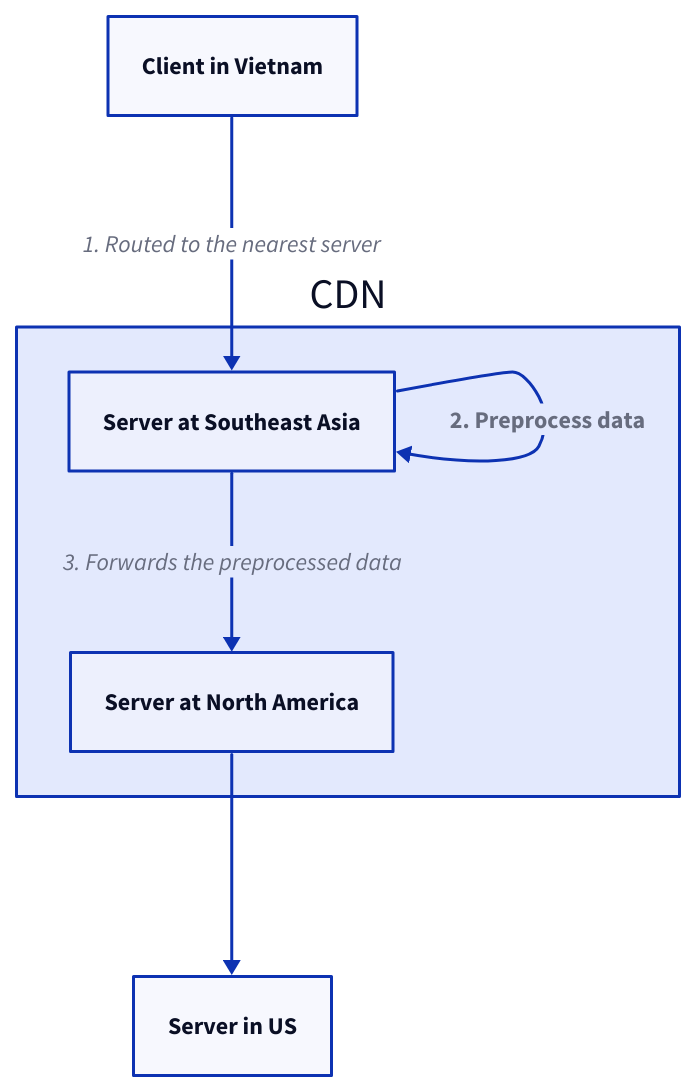
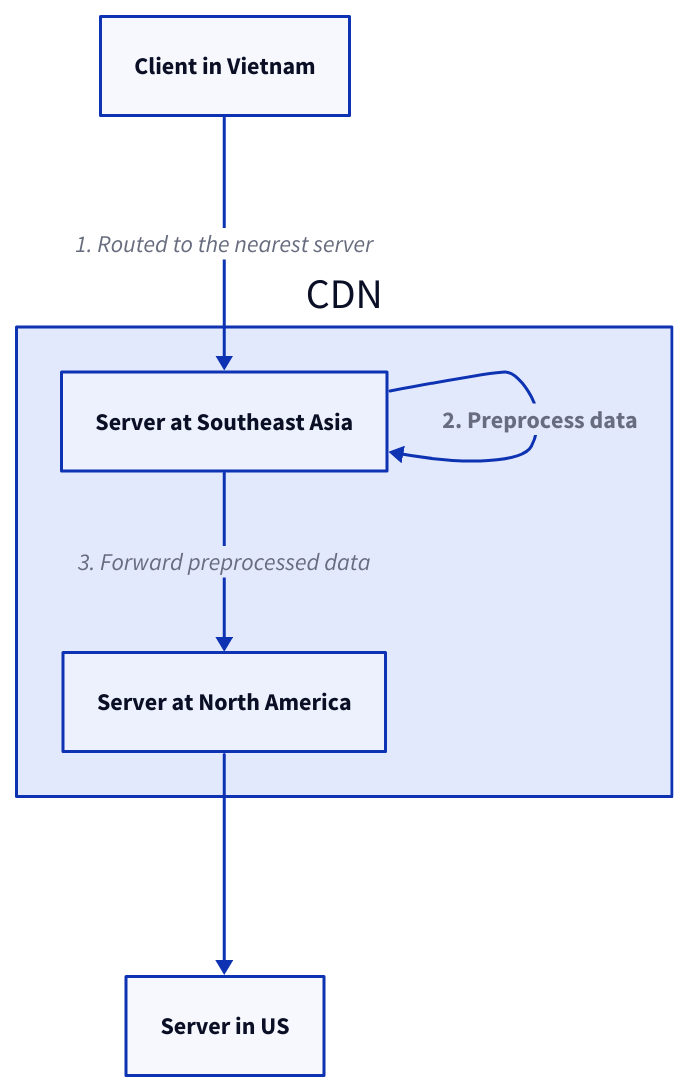
Before and after one commit to link1905/system-design-101: diagram 19 of 19 in content/docs/data-persistence/media-storage.md, drawn with D2. The commit also changed other lines of this file and 7 other files, not shown here.

````diff
--- a/content/docs/data-persistence/media-storage.md
+++ b/content/docs/data-persistence/media-storage.md
@@ -640,22 +533,22 @@
 ```d2
 cdn: CDN {
   s1: Server at Southeast Asia {
     class: server
   }
-  s2: Server at North America { 
+  s2: Server at North America {
     class: server
-  } 
+  }
 }
 c: Client in Vietnam {
   class: client
 }
 s: Server in US {
   class: server
 }
 c -> cdn.s1: 1. Routed to the nearest server
 cdn.s1 -> cdn.s1: 2. Preprocess data {
   style.bold: true
 }
-cdn.s1 -> cdn.s2: 3. Forwards the preprocessed data
+cdn.s1 -> cdn.s2: 3. Forward preprocessed data
 cdn.s2 -> s
 ```
````
